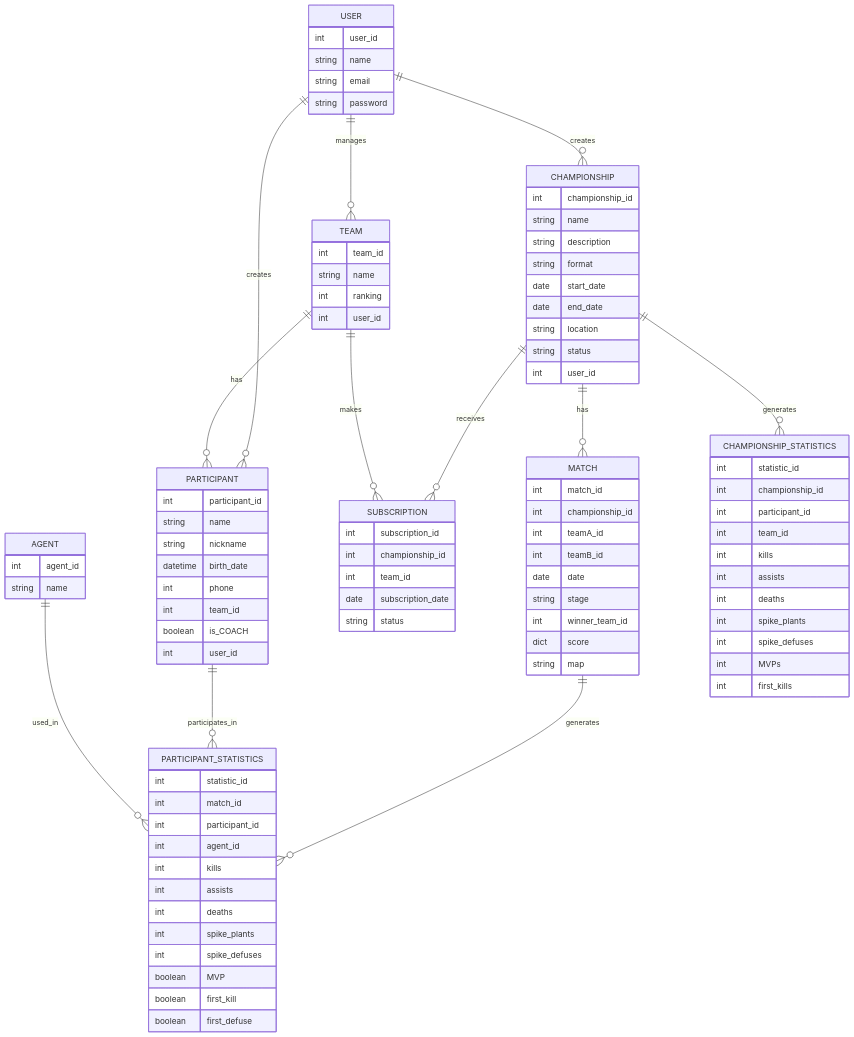
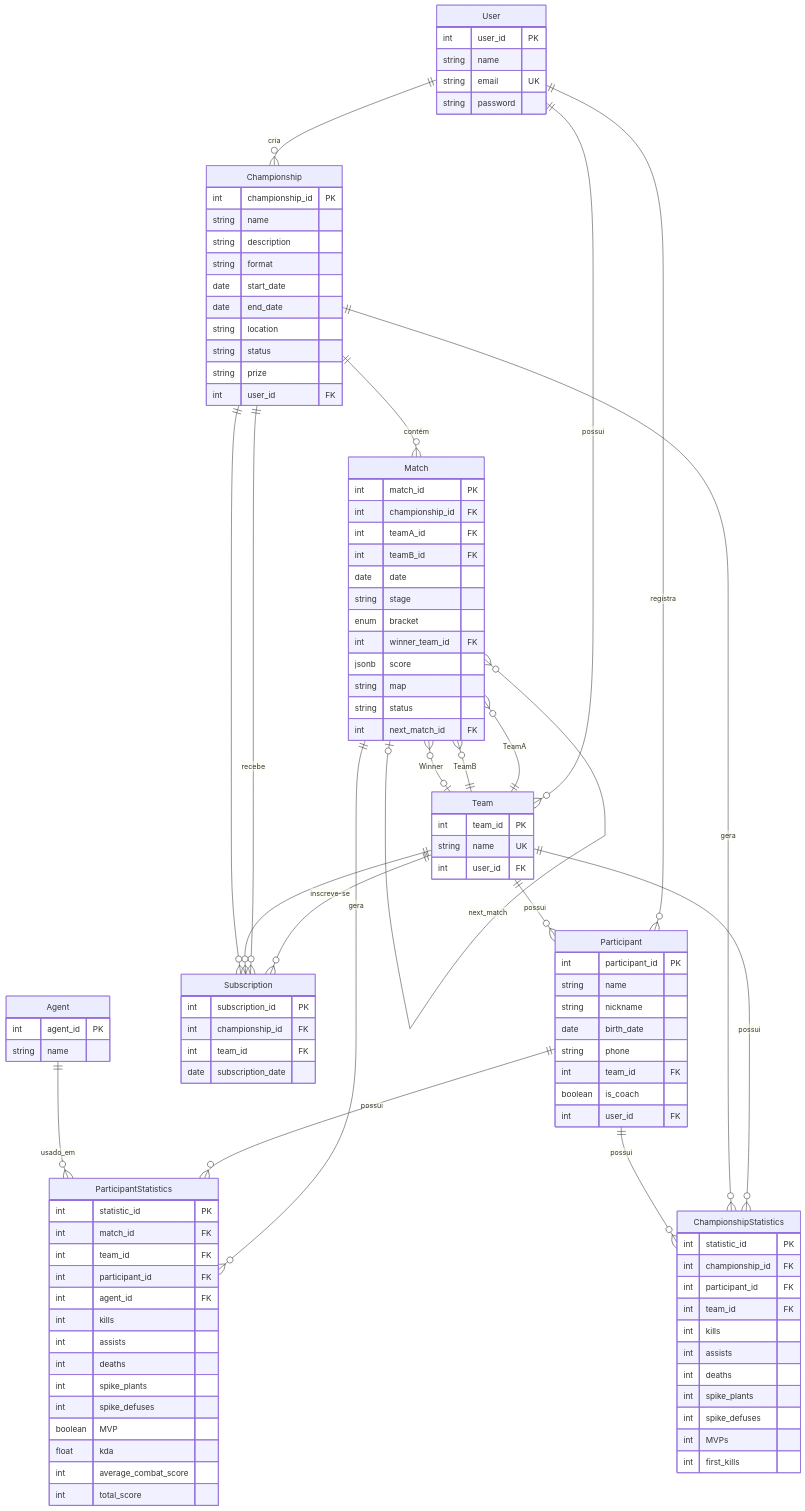
Before and after one commit to Matari73/GRUPO-A-CCE-AS66A: the first of 2 diagrams in README.md, drawn with Mermaid. The commit also changed other lines of this file and 1 other file, not shown here.

Commit message:
att: fase 3 - class diagram

````diff
--- a/README.md
+++ b/README.md
@@ -23,44 +23,31 @@
 ```mermaid
 erDiagram
-    USER ||--o{ CHAMPIONSHIP : creates
-    USER ||--o{ TEAM : manages
-    USER ||--o{ PARTICIPANT : creates
-    TEAM ||--o{ PARTICIPANT : has
-    CHAMPIONSHIP ||--o{ MATCH : has
-    CHAMPIONSHIP ||--o{ SUBSCRIPTION : receives
-    TEAM ||--o{ SUBSCRIPTION : makes
-    MATCH ||--o{ PARTICIPANT_STATISTICS : generates
-    PARTICIPANT ||--o{ PARTICIPANT_STATISTICS : participates_in
-    AGENT ||--o{ PARTICIPANT_STATISTICS : used_in
-    CHAMPIONSHIP ||--o{ CHAMPIONSHIP_STATISTICS : generates
-
-    USER {
-        int user_id
+    User {
+        int user_id PK
         string name
-        string email
+        string email UK
         string password
     }
-
-    TEAM {
-        int team_id
-        string name
-        int ranking
-        int user_id
+    
+    Team {
+        int team_id PK
+        string name UK
+        int user_id FK
     }
-
-    PARTICIPANT {
-        int participant_id
+    
+    Participant {
+        int participant_id PK
         string name
         string nickname
-        datetime birth_date
-        int phone
-        int team_id
-        boolean is_COACH
-        int user_id
+        date birth_date
+        string phone
+        int team_id FK
+        boolean is_coach
+        int user_id FK
     }
-
-    CHAMPIONSHIP {
-        int championship_id
+    
+    Championship {
+        int championship_id PK
         string name
         string description
         string format
@@ -68,54 +55,59 @@
         date end_date
         string location
         string status
-        int user_id
+        string prize
+        int user_id FK
     }
-
-    MATCH {
-        int match_id
-        int championship_id
-        int teamA_id
-        int teamB_id
+    
+    Match {
+        int match_id PK
+        int championship_id FK
+        int teamA_id FK
+        int teamB_id FK
         date date
         string stage
-        int winner_team_id
-        dict score
+        enum bracket
+        int winner_team_id FK
+        jsonb score
         string map
+        string status
+        int next_match_id FK
     }
-
-    SUBSCRIPTION {
-        int subscription_id
-        int championship_id
-        int team_id
+    
+    Subscription {
+        int subscription_id PK
+        int championship_id FK
+        int team_id FK
         date subscription_date
-        string status
     }
-
-    PARTICIPANT_STATISTICS {
-        int statistic_id
-        int match_id
-        int participant_id
-        int agent_id
+    
+    Agent {
+        int agent_id PK
+        string name
+    }
+    
+    ParticipantStatistics {
+        int statistic_id PK
+        int match_id FK
+        int team_id FK
+        int participant_id FK
+        int agent_id FK
         int kills
         int assists
         int deaths
         int spike_plants
         int spike_defuses
         boolean MVP
-        boolean first_kill
-        boolean first_defuse
+        float kda
+        int average_combat_score
+        int total_score
     }
-
-    AGENT {
-        int agent_id
-        string name
-    }
-
-    CHAMPIONSHIP_STATISTICS {
-        int statistic_id
-        int championship_id
-        int participant_id
-        int team_id
+    
+    ChampionshipStatistics {
+        int statistic_id PK
+        int championship_id FK
+        int participant_id FK
+        int team_id FK
         int kills
         int assists
         int deaths
@@ -124,4 +116,37 @@
         int MVPs
         int first_kills
     }
+
+    %% Relacionamentos User
+    User ||--o{ Championship : "cria"
+    User ||--o{ Team : "possui"
+    User ||--o{ Participant : "registra"
+    
+    %% Relacionamentos Team
+    Team ||--o{ Participant : "possui"
+    Team ||--o{ Subscription : "inscreve-se"
+    Team ||--o{ ChampionshipStatistics : "possui"
+    
+    %% Relacionamentos Championship
+    Championship ||--o{ Match : "contém"
+    Championship ||--o{ Subscription : "recebe"
+    Championship ||--o{ ChampionshipStatistics : "gera"
+    
+    %% Relacionamentos Match
+    Match }o--|| Team : "TeamA"
+    Match }o--|| Team : "TeamB"
+    Match }o--o| Team : "Winner"
+    Match ||--o{ ParticipantStatistics : "gera"
+    Match }o--o| Match : "next_match"
+    
+    %% Relacionamentos Subscription (Many-to-Many)
+    Team ||--o{ Subscription : ""
+    Championship ||--o{ Subscription : ""
+    
+    %% Relacionamentos Participant
+    Participant ||--o{ ParticipantStatistics : "possui"
+    Participant ||--o{ ChampionshipStatistics : "possui"
+    
+    %% Relacionamentos Agent
+    Agent ||--o{ ParticipantStatistics : "usado_em"
 ```
````
